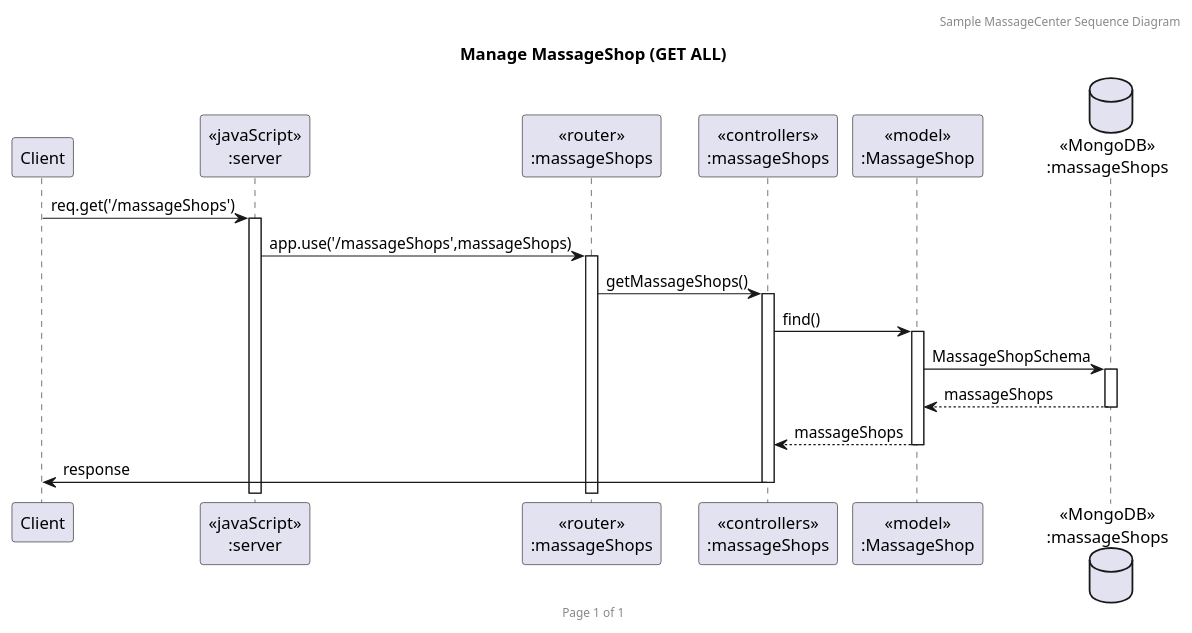
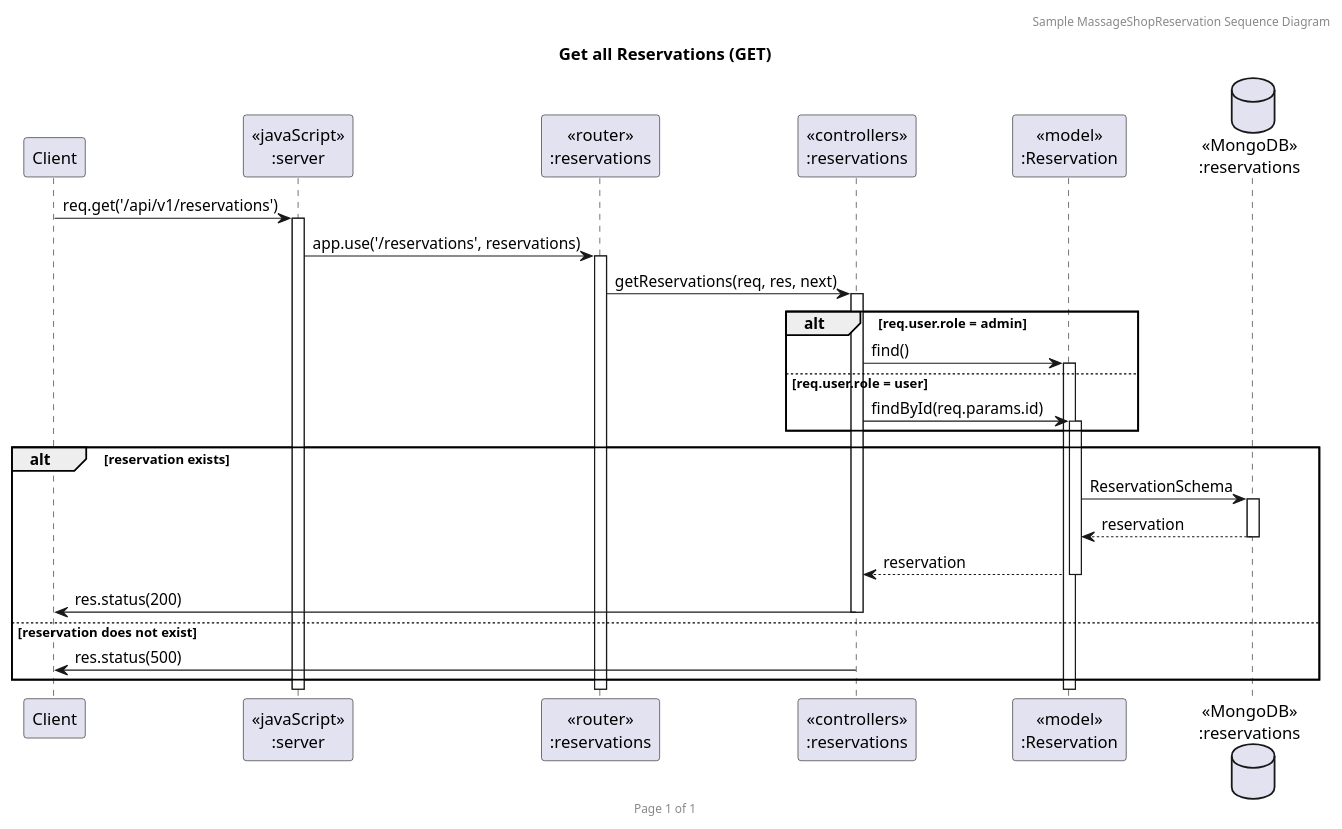
Before and after one commit to 2110503TACEDT66/presentation-day-1-dale-mai-mi-chip: the diagram in sequence_diagram/getAll.puml, drawn with PlantUML. The commit also changed 4 other files, not shown here.

```diff
--- a/sequence_diagram/getAll.puml
+++ b/sequence_diagram/getAll.puml
@@ -1,23 +1,30 @@
-@startuml Manage MassageShop (GET ALL)
-
-header Sample MassageCenter Sequence Diagram
+@startuml Get all Reservation
+header Sample MassageShopReservation Sequence Diagram
 footer Page %page% of %lastpage%
-title "Manage MassageShop (GET ALL)"
+title "Get all Reservations (GET)"
 
 participant "Client" as client
 participant "<<javaScript>>\n:server" as server
-participant "<<router>>\n:massageShops" as routerMassageShops
-participant "<<controllers>>\n:massageShops" as controllersMassageShops
-participant "<<model>>\n:MassageShop" as modelMassageShop
-database "<<MongoDB>>\n:massageShops" as MassageShopsDatabase
+participant "<<router>>\n:reservations" as routerReservation
+participant "<<controllers>>\n:reservations" as controllersReservation
+participant "<<model>>\n:Reservation" as modelReservation
+database "<<MongoDB>>\n:reservations" as ReservationDatabase
 
-client->server ++:req.get('/massageShops')
-server->routerMassageShops ++:app.use('/massageShops',massageShops)
-routerMassageShops -> controllersMassageShops ++:getMassageShops()
-controllersMassageShops->modelMassageShop ++:find()
-modelMassageShop ->MassageShopsDatabase ++: MassageShopSchema
-MassageShopsDatabase --> modelMassageShop --: massageShops
-controllersMassageShops <-- modelMassageShop --:massageShops
-controllersMassageShops->client --:response
+client->server ++:req.get('/api/v1/reservations')
+server->routerReservation ++:app.use('/reservations', reservations)
+routerReservation -> controllersReservation ++: getReservations(req, res, next)
+alt req.user.role = admin
+  controllersReservation->modelReservation ++: find()
+else req.user.role = user
+  controllersReservation->modelReservation ++: findById(req.params.id)
+end
 
+alt reservation exists
+  modelReservation ->ReservationDatabase ++: ReservationSchema
+  ReservationDatabase --> modelReservation --: reservation
+  controllersReservation <-- modelReservation --: reservation
+  controllersReservation ->client --: res.status(200)
+else reservation does not exist
+  controllersReservation ->client --: res.status(500)
+end
 @enduml
```
